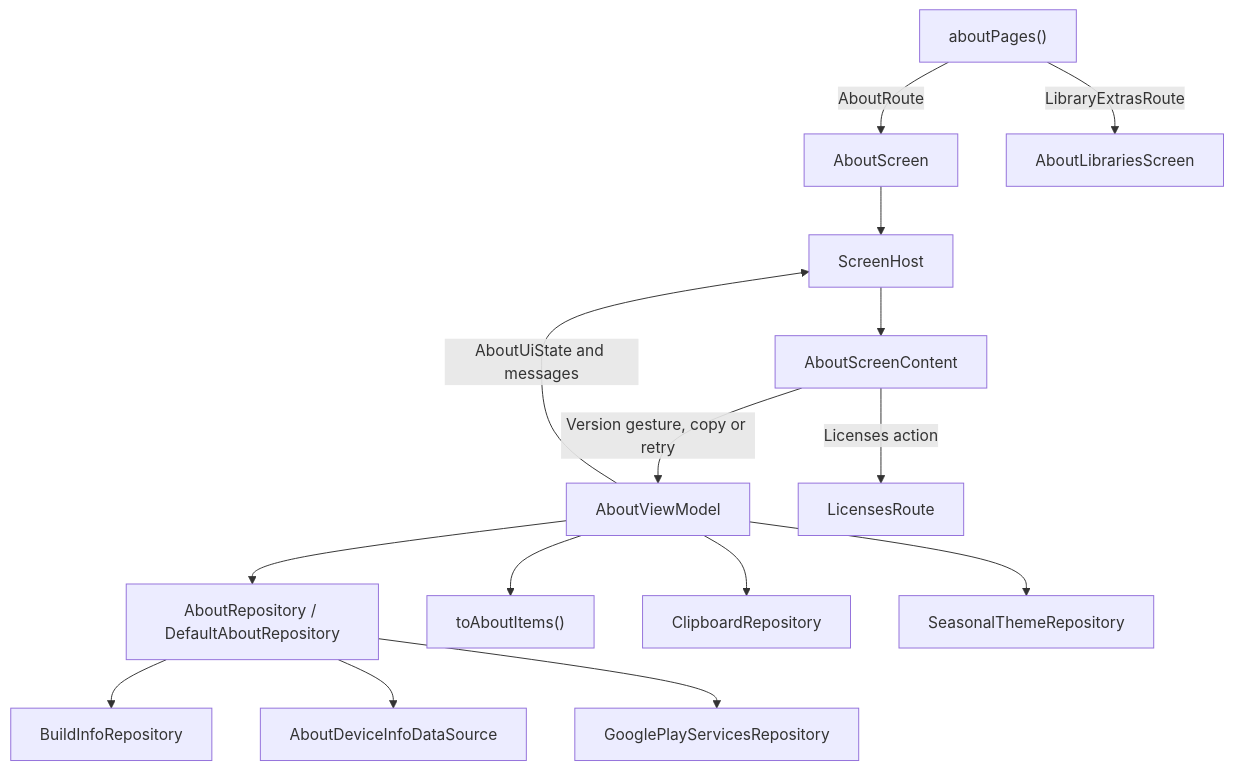
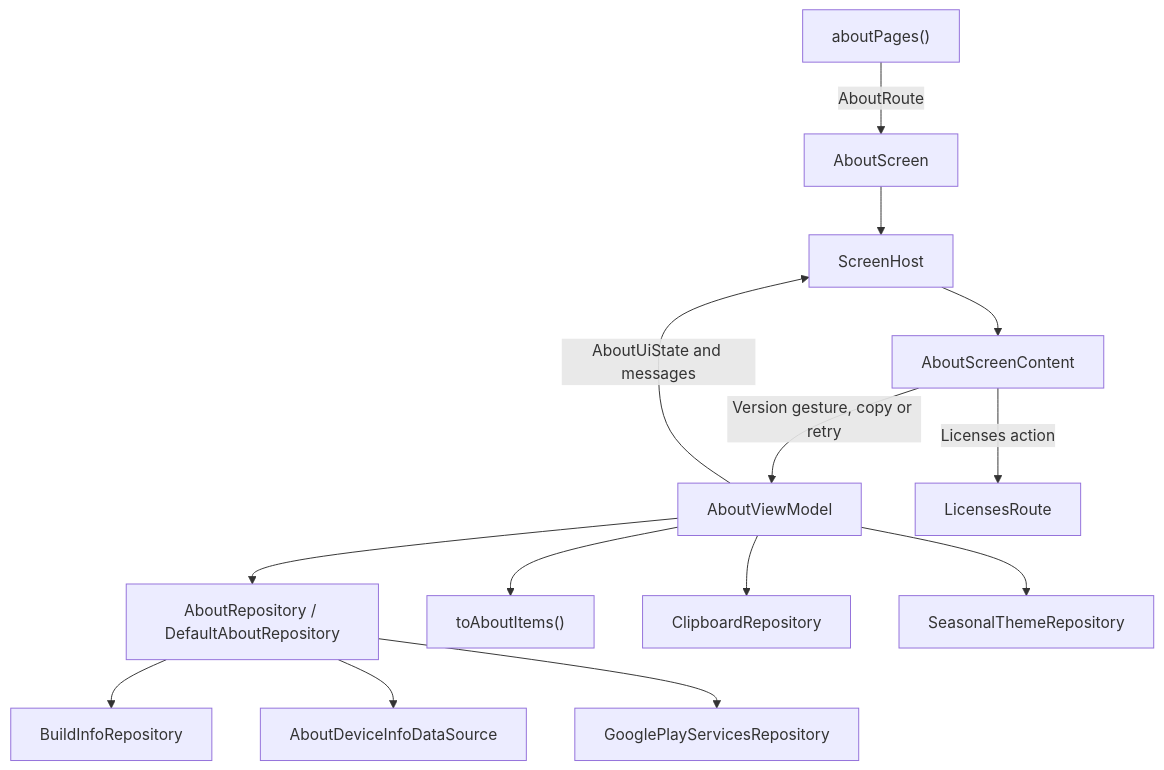
The diagram in library/feature/about/README.md (MihaiCristianCondrea/App-Toolkit-for-Android), drawn with Mermaid before and after one commit. The commit also changed other lines of this file and 17 other files, not shown here.

First line of the commit message:
Remove the unused About Libraries placeholder and route

````diff
--- a/library/feature/about/README.md
+++ b/library/feature/about/README.md
@@ -58,17 +55,16 @@
 ```mermaid
 flowchart TD
     Entry["aboutPages()"] -->|"AboutRoute"| Screen["AboutScreen"]
-    Entry -->|"LibraryExtrasRoute"| Libraries["AboutLibrariesScreen"]
     Screen --> Host["ScreenHost"]
     Host --> Content["AboutScreenContent"]
     Content -->|"Version gesture, copy or retry"| VM["AboutViewModel"]
     Content -->|"Licenses action"| Licenses["LicensesRoute"]
     VM -->|"AboutUiState and messages"| Host
     VM --> Repo["AboutRepository / DefaultAboutRepository"]
     Repo --> Build["BuildInfoRepository"]
     Repo --> Device["AboutDeviceInfoDataSource"]
     Repo --> Gms["GooglePlayServicesRepository"]
     VM --> Mapper["toAboutItems()"]
     VM --> Clipboard["ClipboardRepository"]
     VM --> Unlock["SeasonalThemeRepository"]
 ```
````
